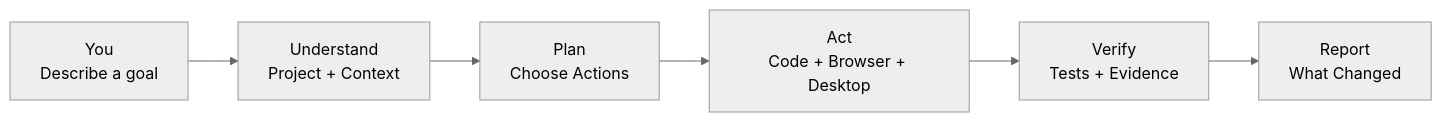
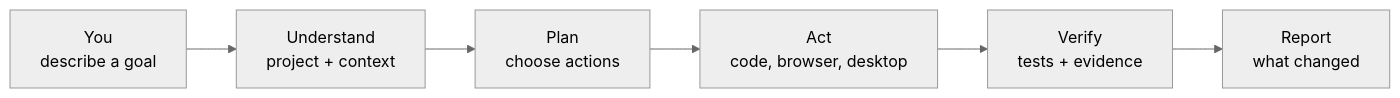
Before and after one commit to anamorsyai/alphacode: the first of 3 diagrams in README.md, drawn with Mermaid (neutral theme). The commit also changed other lines of this file, not shown here.

````diff
--- a/README.md
+++ b/README.md
@@ -89,8 +44,8 @@
 ```mermaid
 flowchart LR
-    A["You<br/>Describe a goal"] --> B["Understand<br/>Project + Context"]
-    B --> C["Plan<br/>Choose Actions"]
-    C --> D["Act<br/>Code + Browser + Desktop"]
-    D --> E["Verify<br/>Tests + Evidence"]
-    E --> F["Report<br/>What Changed"]
+    A["You<br/>describe a goal"] --> B["Understand<br/>project + context"]
+    B --> C["Plan<br/>choose actions"]
+    C --> D["Act<br/>code, browser, desktop"]
+    D --> E["Verify<br/>tests + evidence"]
+    E --> F["Report<br/>what changed"]
 ```
````
